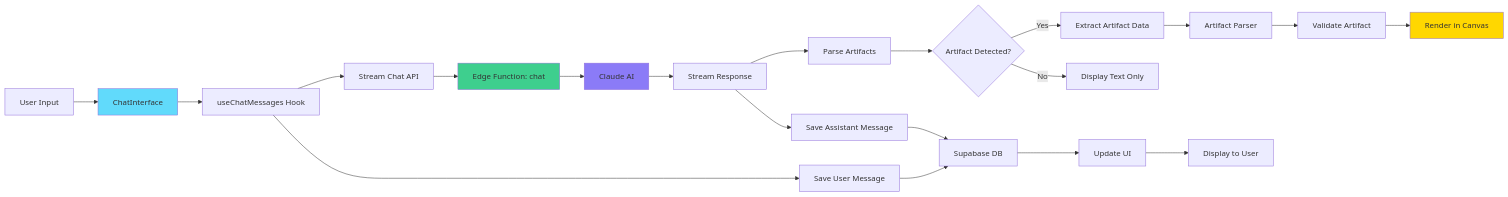
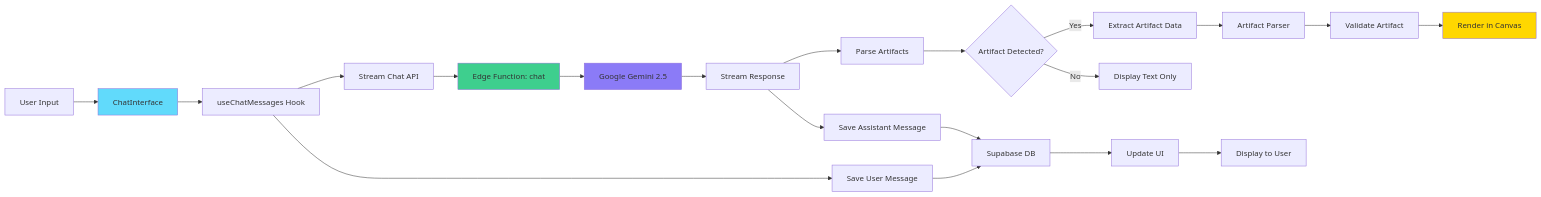
One commit to NickB03/vana changed the fourth of 5 diagrams in README.md. Above: the diagram before and after it, drawn with Mermaid. The commit also changed other lines of this file and 5 other files, not shown here.

````diff
--- a/README.md
+++ b/README.md
@@ -325,33 +343,33 @@
 ```mermaid
 graph LR
     A[User Input] --> B[ChatInterface]
     B --> C[useChatMessages Hook]
     C --> D[Save User Message]
     D --> E[Supabase DB]
 
     C --> F[Stream Chat API]
     F --> G[Edge Function: chat]
-    G --> H[Claude AI]
+    G --> H[Google Gemini 2.5]
     H --> I[Stream Response]
 
     I --> J[Parse Artifacts]
     J --> K{Artifact Detected?}
 
     K -->|Yes| L[Extract Artifact Data]
     K -->|No| M[Display Text Only]
 
     L --> N[Artifact Parser]
     N --> O[Validate Artifact]
     O --> P[Render in Canvas]
 
     I --> Q[Save Assistant Message]
     Q --> E
 
     E --> R[Update UI]
     R --> S[Display to User]
 
     style B fill:#61dafb
     style G fill:#3ecf8e
     style H fill:#8B7BF7
     style P fill:#FFD700
 ```
````
